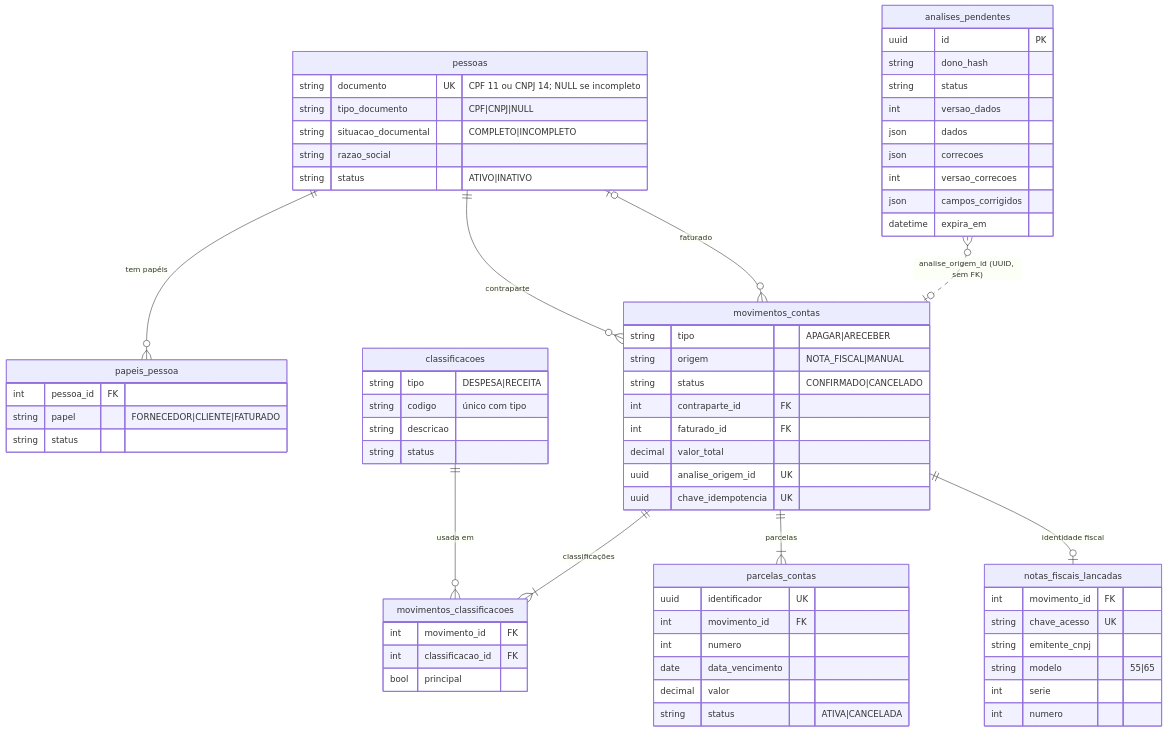
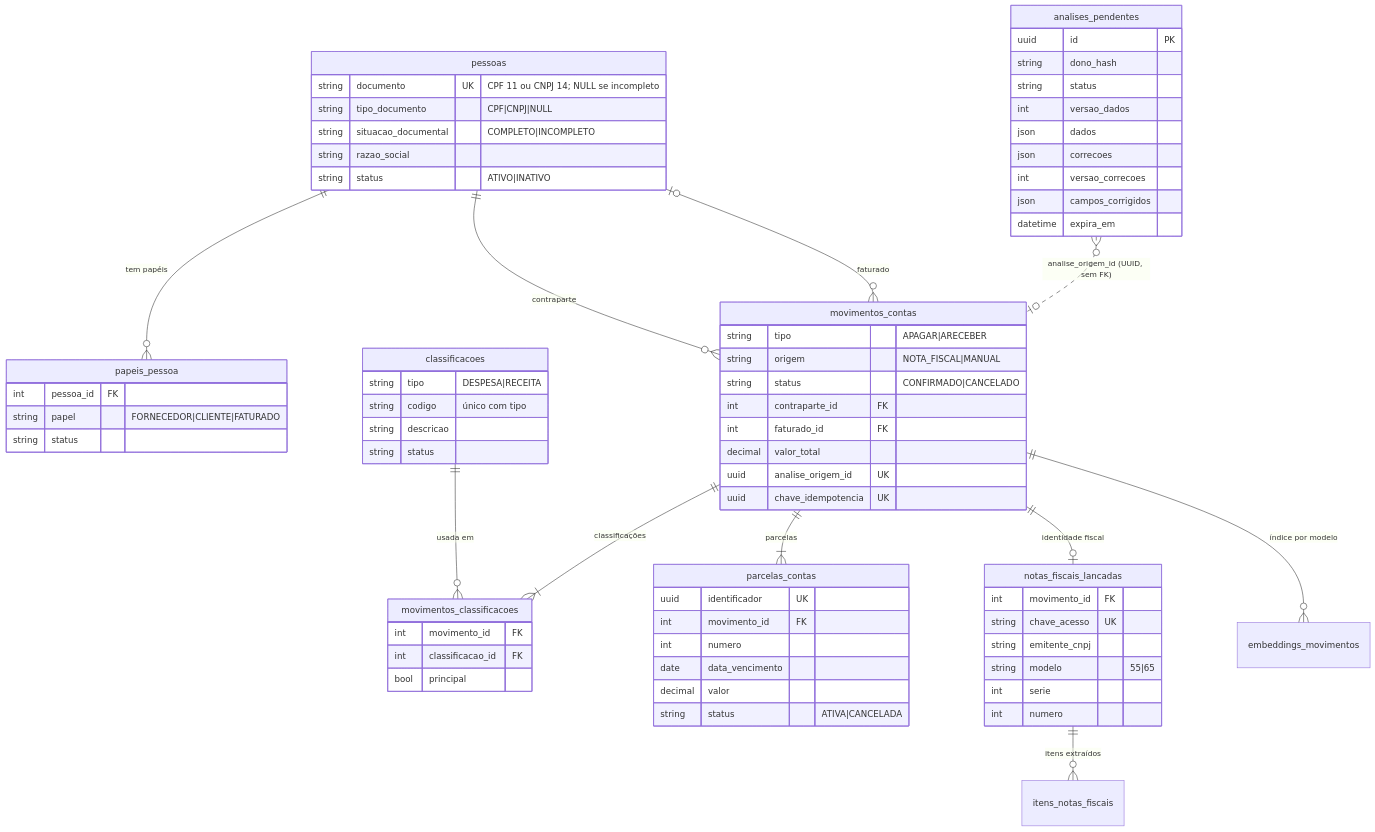
Before and after one commit to PedroSimon1/gestao-rural: the diagram in docs/documentacao/06-modelo-de-dados.md, drawn with Mermaid. The commit also changed other lines of this file and 9 other files, not shown here.

````diff
--- a/docs/documentacao/06-modelo-de-dados.md
+++ b/docs/documentacao/06-modelo-de-dados.md
@@ -8,72 +8,74 @@
 ```mermaid
 erDiagram
     pessoas ||--o{ papeis_pessoa : "tem papéis"
     pessoas ||--o{ movimentos_contas : "contraparte"
     pessoas |o--o{ movimentos_contas : "faturado"
     classificacoes ||--o{ movimentos_classificacoes : "usada em"
     movimentos_contas ||--|{ movimentos_classificacoes : "classificações"
     movimentos_contas ||--|{ parcelas_contas : "parcelas"
     movimentos_contas ||--o| notas_fiscais_lancadas : "identidade fiscal"
     analises_pendentes }o..o| movimentos_contas : "analise_origem_id (UUID, sem FK)"
+    notas_fiscais_lancadas ||--o{ itens_notas_fiscais : "itens extraídos"
+    movimentos_contas ||--o{ embeddings_movimentos : "índice por modelo"
 
     pessoas {
         string documento UK "CPF 11 ou CNPJ 14; NULL se incompleto"
         string tipo_documento "CPF|CNPJ|NULL"
         string situacao_documental "COMPLETO|INCOMPLETO"
         string razao_social
         string status "ATIVO|INATIVO"
     }
     papeis_pessoa {
         int pessoa_id FK
         string papel "FORNECEDOR|CLIENTE|FATURADO"
         string status
     }
     classificacoes {
         string tipo "DESPESA|RECEITA"
         string codigo "único com tipo"
         string descricao
         string status
     }
     movimentos_contas {
         string tipo "APAGAR|ARECEBER"
         string origem "NOTA_FISCAL|MANUAL"
         string status "CONFIRMADO|CANCELADO"
         int contraparte_id FK
         int faturado_id FK
         decimal valor_total
         uuid analise_origem_id UK
         uuid chave_idempotencia UK
     }
     movimentos_classificacoes {
         int movimento_id FK
         int classificacao_id FK
         bool principal
     }
     parcelas_contas {
         uuid identificador UK
         int movimento_id FK
         int numero
         date data_vencimento
         decimal valor
         string status "ATIVA|CANCELADA"
     }
     notas_fiscais_lancadas {
         int movimento_id FK
         string chave_acesso UK
         string emitente_cnpj
         string modelo "55|65"
         int serie
         int numero
     }
     analises_pendentes {
         uuid id PK
         string dono_hash
         string status
         int versao_dados
         json dados
         json correcoes
         int versao_correcoes
         json campos_corrigidos
         datetime expira_em
     }
 ```
````
